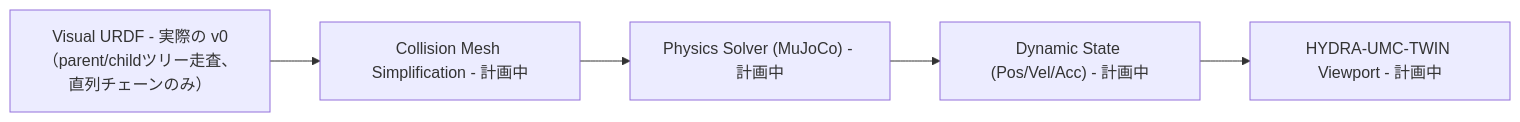
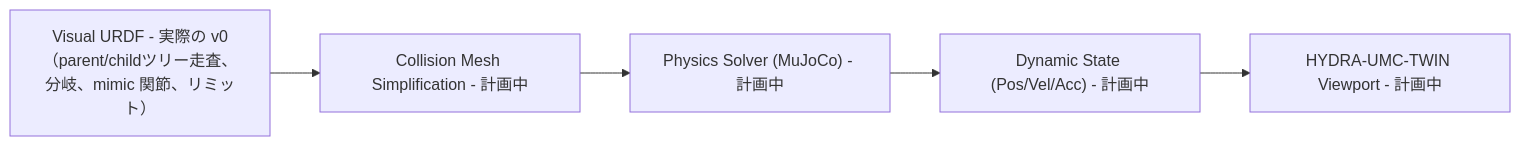
The diagram in README_jpn.md (JuanenRac/HYDRA-UMC-PHYSICS-REPLICA), drawn with Mermaid before and after one commit. The commit also changed other lines of this file and 15 other files, not shown here.

Commit message:
Read a branching URDF whole, follow mimic joints and check soft, velocity and effort limits

````diff
--- a/README_jpn.md
+++ b/README_jpn.md
@@ -57,7 +57,7 @@
 ```mermaid
 flowchart LR
-    URDF["Visual URDF - 実際の v0（parent/childツリー走査、直列チェーンのみ）"] --> MESH["Collision Mesh Simplification - 計画中"]
+    URDF["Visual URDF - 実際の v0（parent/childツリー走査、分岐、mimic 関節、リミット）"] --> MESH["Collision Mesh Simplification - 計画中"]
     MESH --> SOLVE["Physics Solver (MuJoCo) - 計画中"]
     SOLVE --> DYN["Dynamic State (Pos/Vel/Acc) - 計画中"]
     DYN --> TWIN["HYDRA-UMC-TWIN Viewport - 計画中"]
 ```
````
